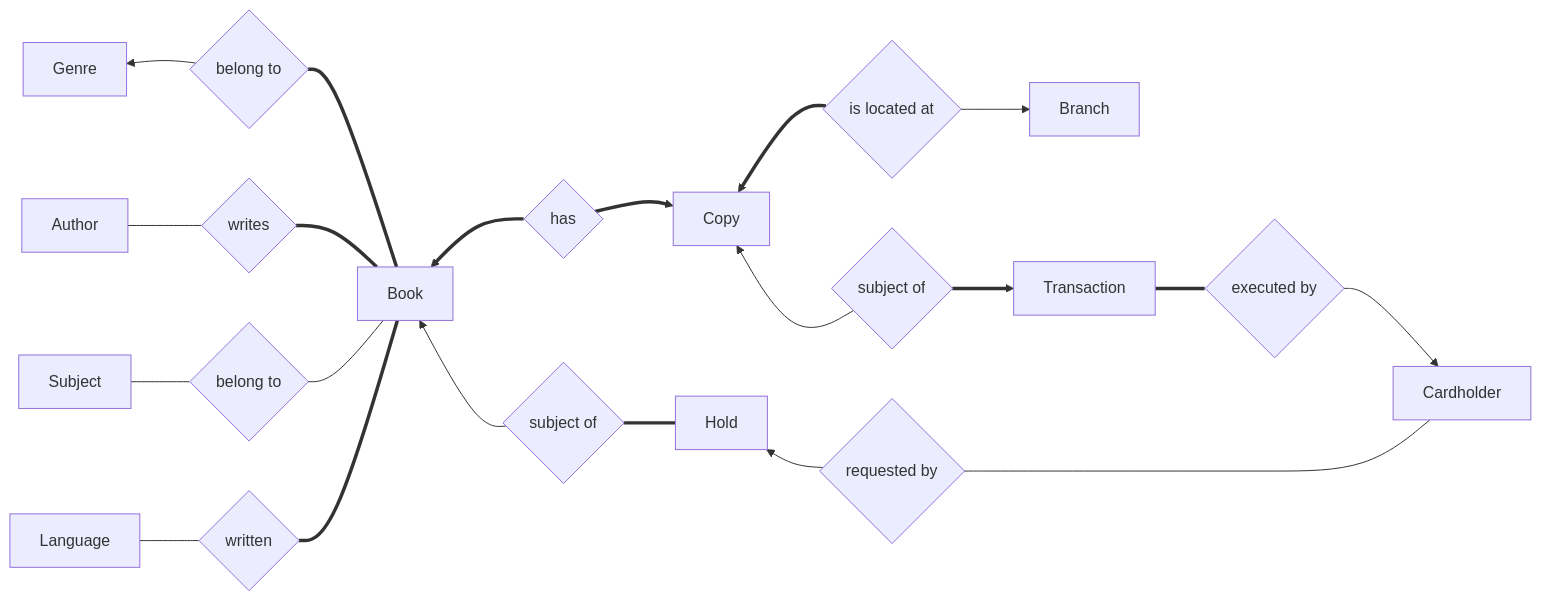
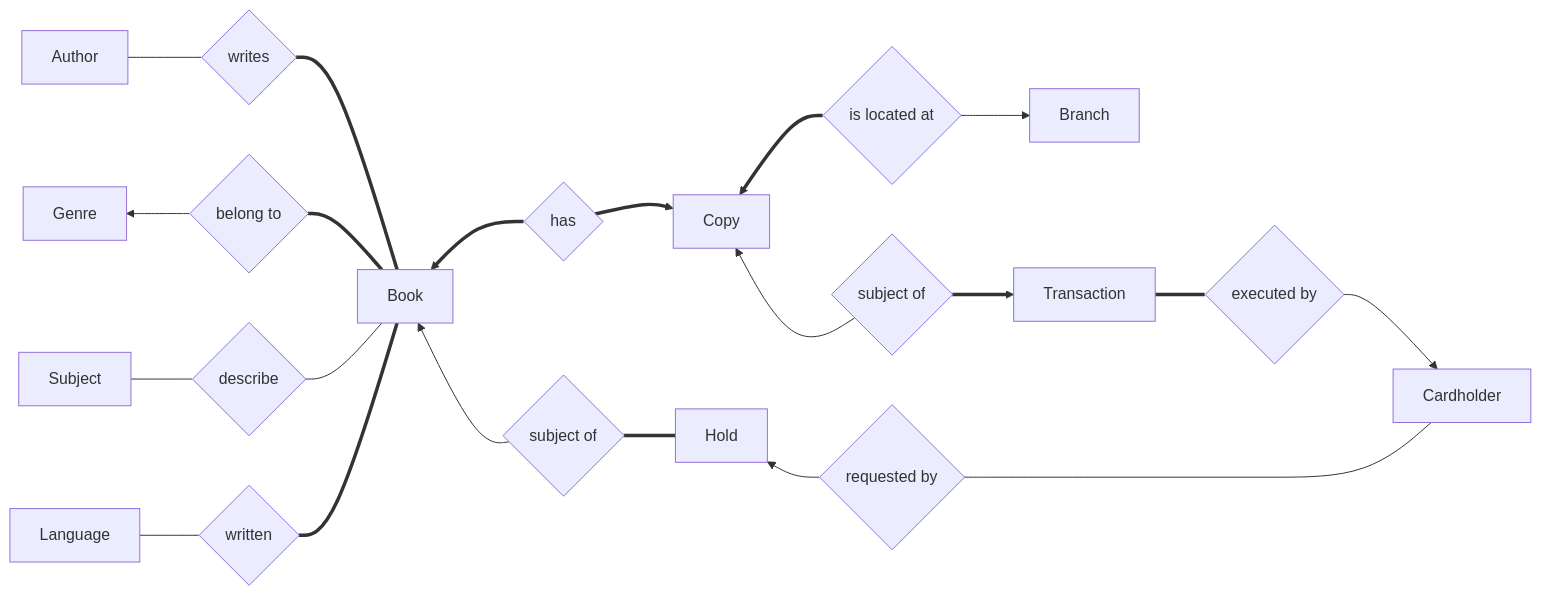
One commit to kelzzzz/CS425-ChiPub changed the diagram in deliverable_1.md. Above: the diagram before and after it, drawn with Mermaid.

Commit message:
More comments

````diff
--- a/deliverable_1.md
+++ b/deliverable_1.md
@@ -28,48 +28,49 @@
 ```mermaid
 graph LR
-    %% an Author can write
+    %% an Author can write one or more Books
+    %% every book is written by at least one Author
     A[Author] --- AB{writes}
-
-    %% 1 Genre can contain one or more books
-    %% every book belongs to a Genre
+    AB === B[Book]
+    
+    %% one Genre can contain one or more Books
+    %% every Book belongs to one Genre
     G[Genre] ~~~ GB{belong to} --> G
     GB ~~~ G 
     GB === B
 
-    %% one or more Subjects can belong
-    S[Subject] --- SB{belong to}
+    %% a Subject can describe one or more Books
+    %% a Book can be described by one or more Subjects
+    S[Subject] --- SB{describe}
+    SB --- B
 
-    %% one or more Languages can write
+    %% one or more Languages can be used to write a Book
+    %% a Book must be written in at least one Language
     L[Language] --- LB{written}
-
-    %% every book is written by at least one
-    AB === B[Book]
-    SB --- B
     LB === B
 
     B ~~~ BC{has} ==> B
     BC ~~~ B
     B ~~~ BH{subject of} --> B
     BH ~~~ B
 
     C[Copy] ~~~ BC ==> C
     BC ~~~ C
 
     C ~~~ CBr{is located at} ==> C
     CBr ~~~ C
 
     C ~~~ CT{subject of} --> C
     CT ~~~ C
 
     BH === H[Hold]
     H ~~~ HCh{requested by} --> H
     HCh ~~~ H
 
     CBr --> Br[Branch]
 
     CT ==> T[Transaction]
     T === TCh{executed by}
 
     TCh --> Ch[Cardholder]
     HCh --- Ch
 ```
````
